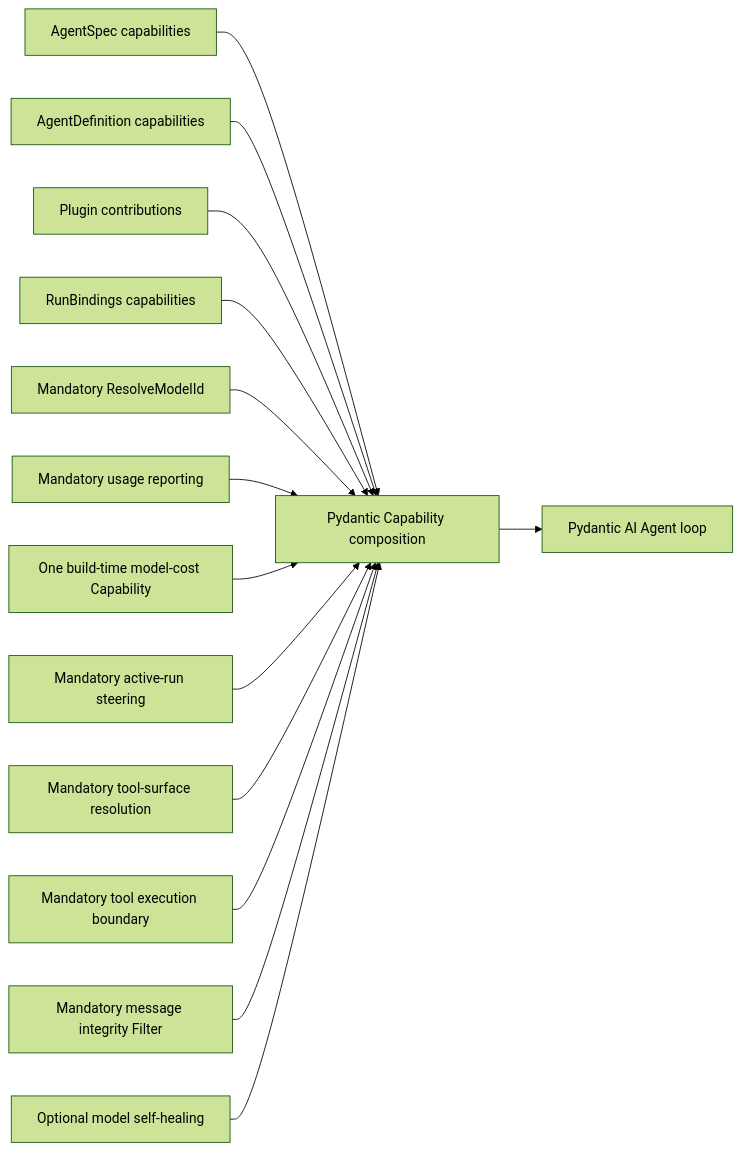
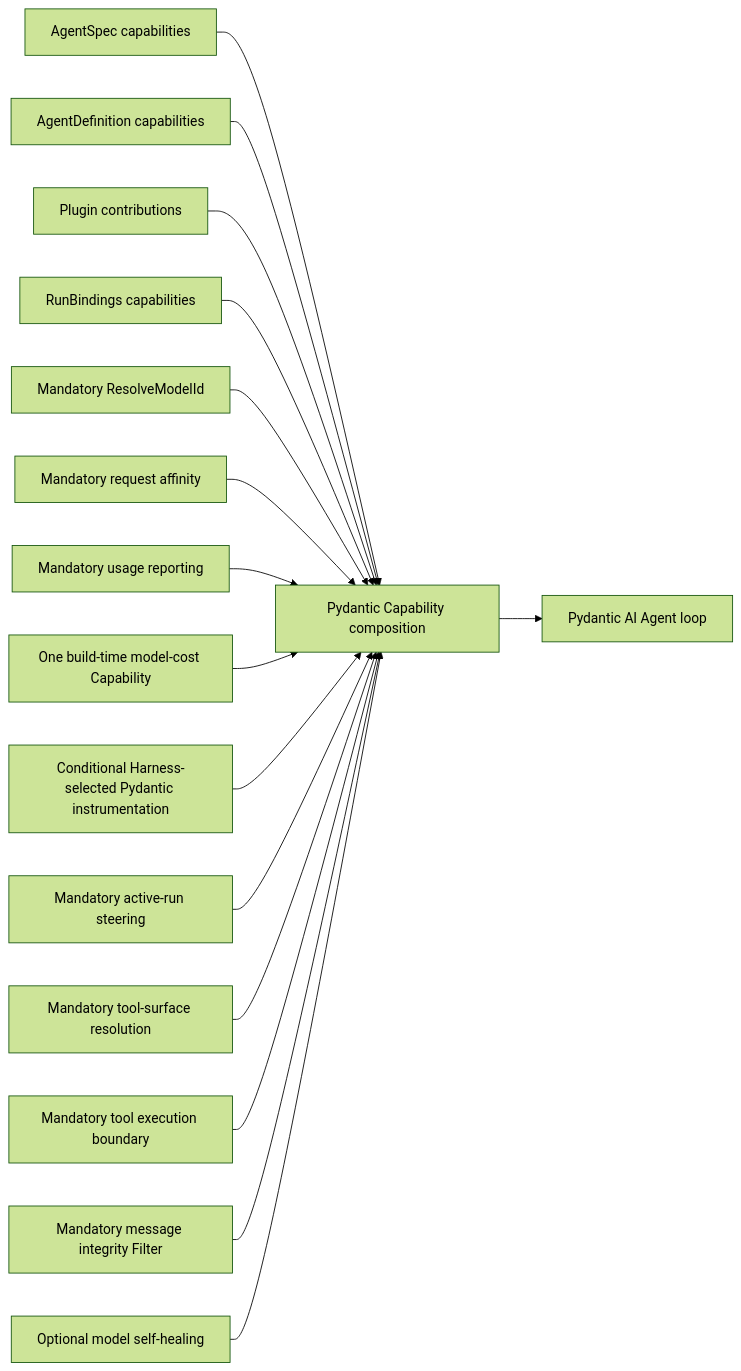
The diagram in spec/agent-harness/17-core-capability-catalog.md (LTThreeComma/agent-foundation), drawn with Mermaid (forest theme) before and after one commit. The commit also changed other lines of this file and 125 other files, not shown here.

````diff
--- a/spec/agent-harness/17-core-capability-catalog.md
+++ b/spec/agent-harness/17-core-capability-catalog.md
@@ -65,16 +66,18 @@
 ```mermaid
 flowchart LR
     Spec[AgentSpec capabilities] --> PAI[Pydantic Capability composition]
     Build[AgentDefinition capabilities] --> PAI
     Plugin[Plugin contributions] --> PAI
     Run[RunBindings capabilities] --> PAI
     Resolver[Mandatory ResolveModelId] --> PAI
+    Affinity[Mandatory request affinity] --> PAI
     Usage[Mandatory usage reporting] --> PAI
     Pricing[One build-time model-cost Capability] --> PAI
+    Observation[Conditional Harness-selected Pydantic instrumentation] --> PAI
     Steering[Mandatory active-run steering] --> PAI
     Surface[Mandatory tool-surface resolution] --> PAI
     Boundary[Mandatory tool execution boundary] --> PAI
     Integrity[Mandatory message integrity Filter] --> PAI
     SelfHealing[Optional model self-healing] --> PAI
     PAI --> Agent[Pydantic AI Agent loop]
 ```
````
